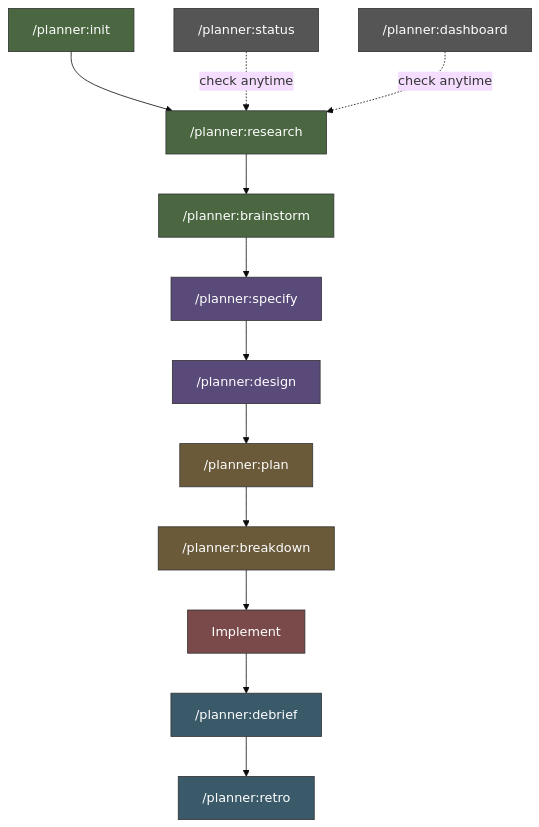
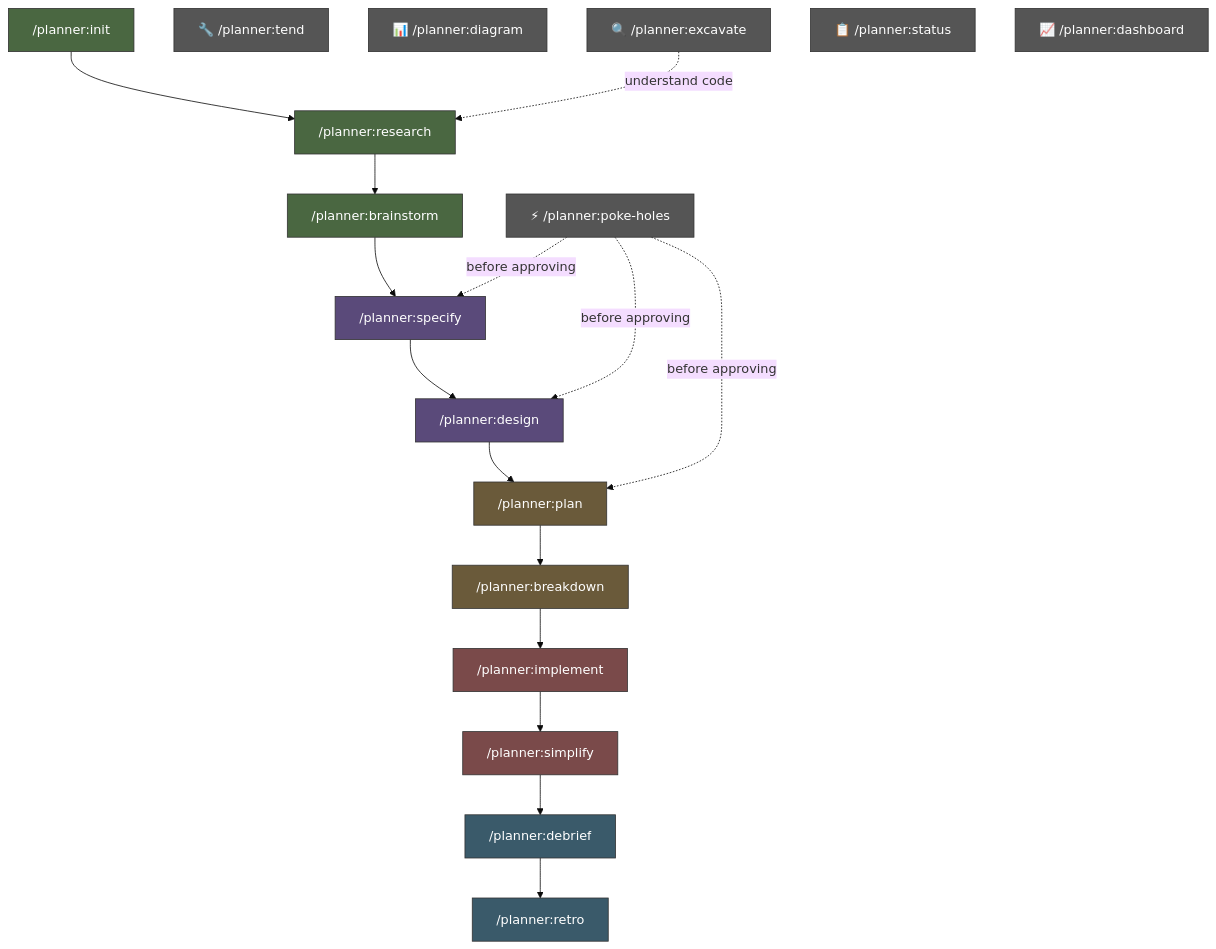
One commit to danweinerdev/claude-project-planner changed the second of 4 diagrams in README.md. Above: the diagram before and after it, drawn with Mermaid (base theme). The commit also changed other lines of this file, not shown here.

````diff
--- a/README.md
+++ b/README.md
@@ -95,32 +108,39 @@
 ```mermaid
 graph TD
     init["/planner:init"] --> research["/planner:research"]
     research --> brainstorm["/planner:brainstorm"]
     brainstorm --> specify["/planner:specify"]
     specify --> design["/planner:design"]
     design --> plan["/planner:plan"]
     plan --> breakdown["/planner:breakdown"]
-    breakdown --> implement["Implement"]
-    implement --> debrief["/planner:debrief"]
+    breakdown --> implement["/planner:implement"]
+    implement --> simplify["/planner:simplify"]
+    simplify --> debrief["/planner:debrief"]
     debrief --> retro["/planner:retro"]
 
-    status["/planner:status"]
-    dashboard["/planner:dashboard"]
+    poke["⚡ /planner:poke-holes"]
+    tend["🔧 /planner:tend"]
+    diagram["📊 /planner:diagram"]
+    excavate["🔍 /planner:excavate"]
+    status["📋 /planner:status"]
+    dashboard["📈 /planner:dashboard"]
 
-    status -. "check anytime" .-> research
-    dashboard -. "check anytime" .-> research
+    poke -. "before approving" .-> specify
+    poke -. "before approving" .-> design
+    poke -. "before approving" .-> plan
+    excavate -. "understand code" .-> research
 
     classDef discovery fill:#4a6741,stroke:#333,color:#fff
     classDef definition fill:#5a4a7a,stroke:#333,color:#fff
     classDef execution fill:#6a5a3a,stroke:#333,color:#fff
+    classDef implementation fill:#7a4a4a,stroke:#333,color:#fff
     classDef review fill:#3a5a6a,stroke:#333,color:#fff
-    classDef monitor fill:#555,stroke:#333,color:#fff
-    classDef impl fill:#7a4a4a,stroke:#333,color:#fff
+    classDef utility fill:#555,stroke:#333,color:#fff
 
     class init,research,brainstorm discovery
     class specify,design definition
     class plan,breakdown execution
+    class implement,simplify implementation
     class debrief,retro review
-    class status,dashboard monitor
-    class implement impl
+    class poke,tend,diagram,excavate,status,dashboard utility
 ```
````
